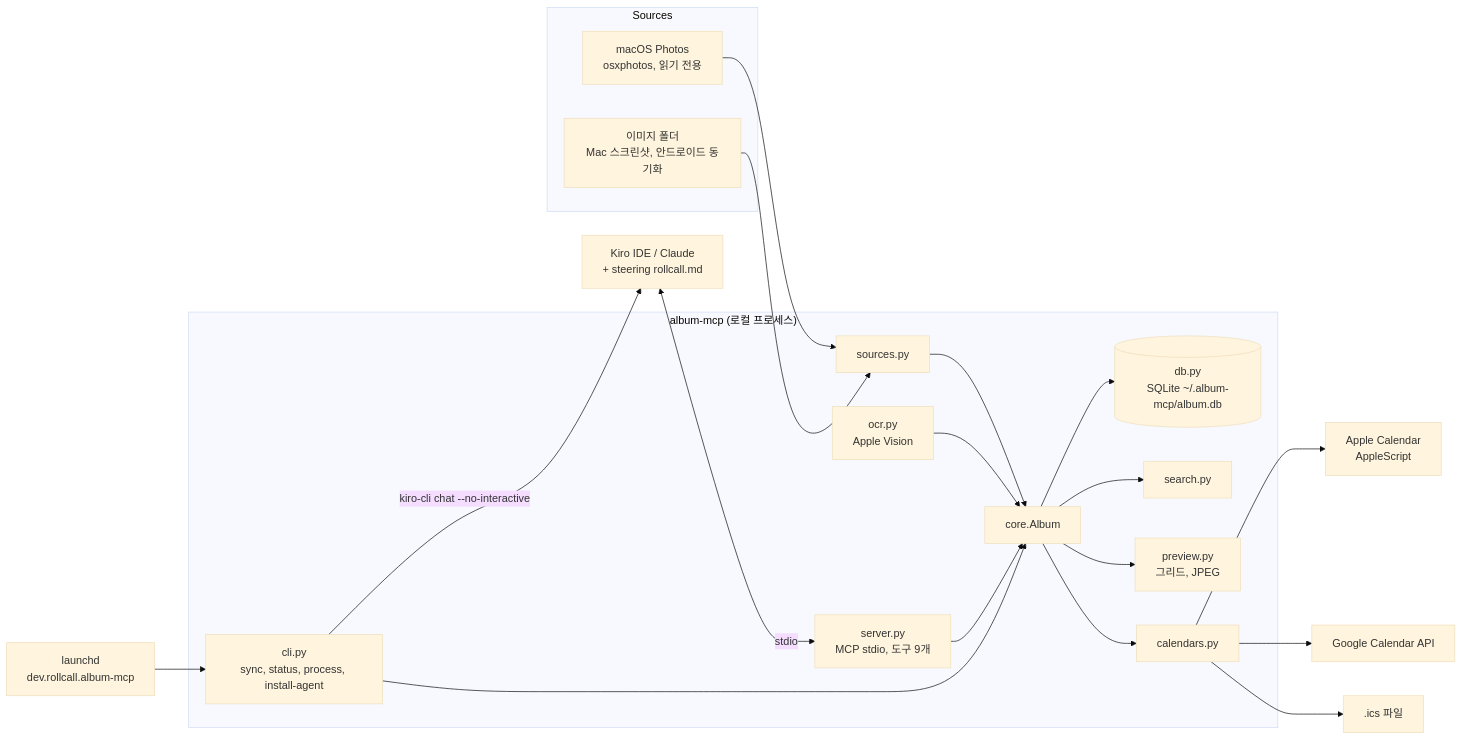
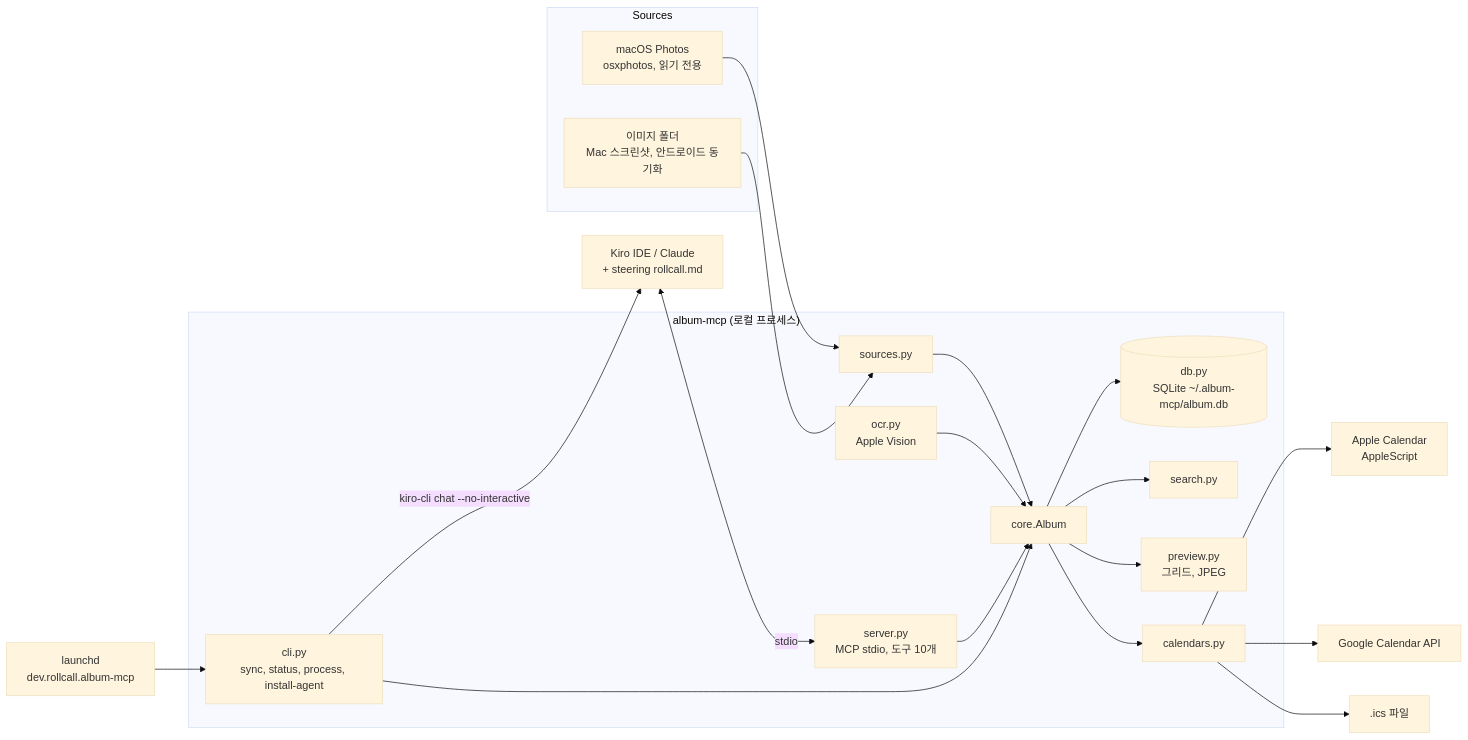
One commit to makim-414/kirothon-team-023 changed the diagram in .kiro/specs/album-mcp/design.md. Above: the diagram before and after it, drawn with Mermaid (base theme). The commit also changed other lines of this file and 7 other files, not shown here.

````diff
--- a/.kiro/specs/album-mcp/design.md
+++ b/.kiro/specs/album-mcp/design.md
@@ -22,25 +22,25 @@
 ```mermaid
 flowchart LR
     subgraph Sources
         P[macOS Photos<br/>osxphotos, 읽기 전용]
         F[이미지 폴더<br/>Mac 스크린샷, 안드로이드 동기화]
     end
     subgraph album_mcp["album-mcp (로컬 프로세스)"]
         S[sources.py] --> C[core.Album]
         O[ocr.py<br/>Apple Vision] --> C
         C --> D[(db.py<br/>SQLite ~/.album-mcp/album.db)]
         C --> Q[search.py]
         C --> V[preview.py<br/>그리드, JPEG]
         C --> K[calendars.py]
-        SV[server.py<br/>MCP stdio, 도구 9개] --> C
+        SV[server.py<br/>MCP stdio, 도구 10개] --> C
         CLI[cli.py<br/>sync, status, process, install-agent] --> C
     end
     P --> S
     F --> S
     K --> AC[Apple Calendar<br/>AppleScript]
     K --> GC[Google Calendar API]
     K --> IC[.ics 파일]
     Kiro[Kiro IDE / Claude<br/>+ steering rollcall.md] <-->|stdio| SV
     L[launchd<br/>dev.rollcall.album-mcp] --> CLI
     CLI -->|kiro-cli chat --no-interactive| Kiro
 ```
````
